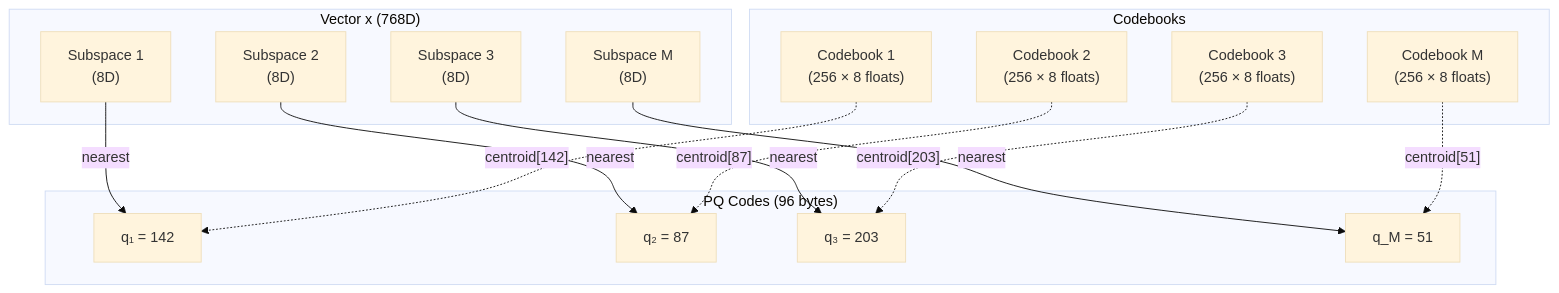
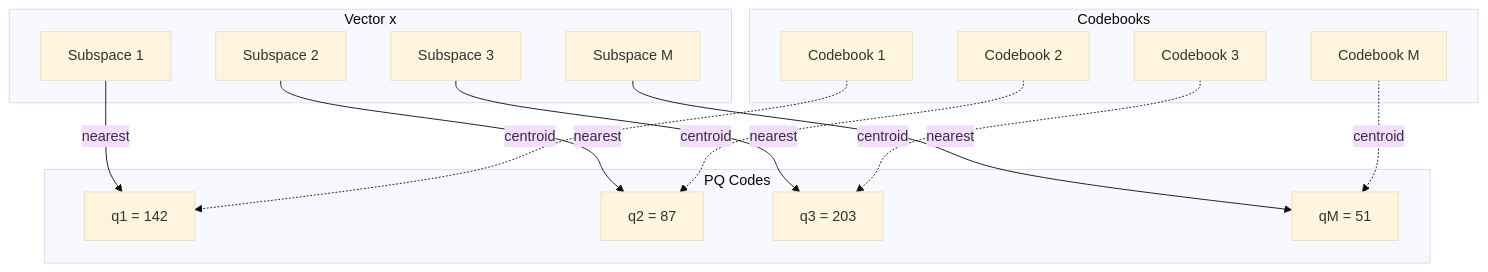
The first of 2 diagrams in docs/en/algorithms/product-quantization.md (nexepic/zyx), drawn with Mermaid (base theme) before and after one commit. The commit also changed other lines of this file and 21 other files, not shown here.

First line of the commit message:
fix: resolve Mermaid diagram display issues in VitePress

````diff
--- a/docs/en/algorithms/product-quantization.md
+++ b/docs/en/algorithms/product-quantization.md
@@ -164,33 +164,33 @@
 ```mermaid
 graph TB
     subgraph "Codebooks"
-        C1["Codebook 1<br/>(256 × 8 floats)"]
-        C2["Codebook 2<br/>(256 × 8 floats)"]
-        C3["Codebook 3<br/>(256 × 8 floats)"]
-        C4["Codebook M<br/>(256 × 8 floats)"]
+        C1["Codebook 1"]
+        C2["Codebook 2"]
+        C3["Codebook 3"]
+        C4["Codebook M"]
     end
 
-    subgraph "Vector x (768D)"
-        V1["Subspace 1<br/>(8D)"]
-        V2["Subspace 2<br/>(8D)"]
-        V3["Subspace 3<br/>(8D)"]
-        V4["Subspace M<br/>(8D)"]
+    subgraph "Vector x"
+        V1["Subspace 1"]
+        V2["Subspace 2"]
+        V3["Subspace 3"]
+        V4["Subspace M"]
     end
 
-    subgraph "PQ Codes (96 bytes)"
-        P1["q₁ = 142"]
-        P2["q₂ = 87"]
-        P3["q₃ = 203"]
-        P4["q_M = 51"]
+    subgraph "PQ Codes"
+        P1["q1 = 142"]
+        P2["q2 = 87"]
+        P3["q3 = 203"]
+        P4["qM = 51"]
     end
 
     V1 -->|"nearest"| P1
     V2 -->|"nearest"| P2
     V3 -->|"nearest"| P3
     V4 -->|"nearest"| P4
 
-    C1 -.->|"centroid[142]"| P1
-    C2 -.->|"centroid[87]"| P2
-    C3 -.->|"centroid[203]"| P3
-    C4 -.->|"centroid[51]"| P4
+    C1 -.->|"centroid"| P1
+    C2 -.->|"centroid"| P2
+    C3 -.->|"centroid"| P3
+    C4 -.->|"centroid"| P4
 ```
````
